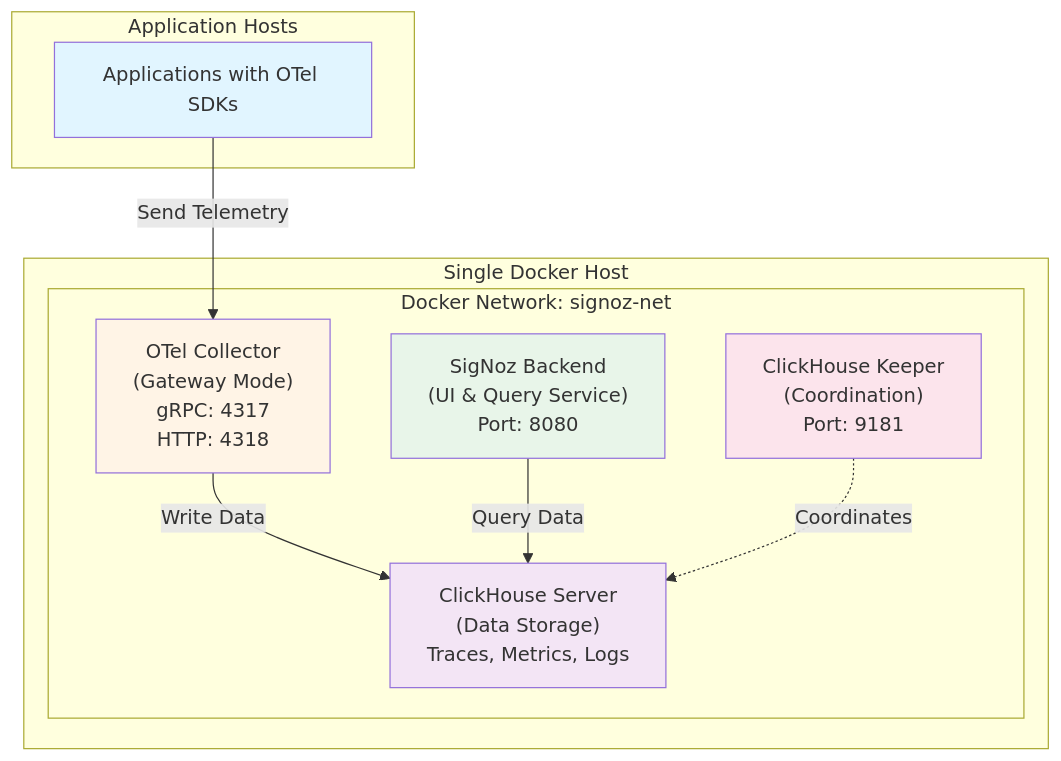
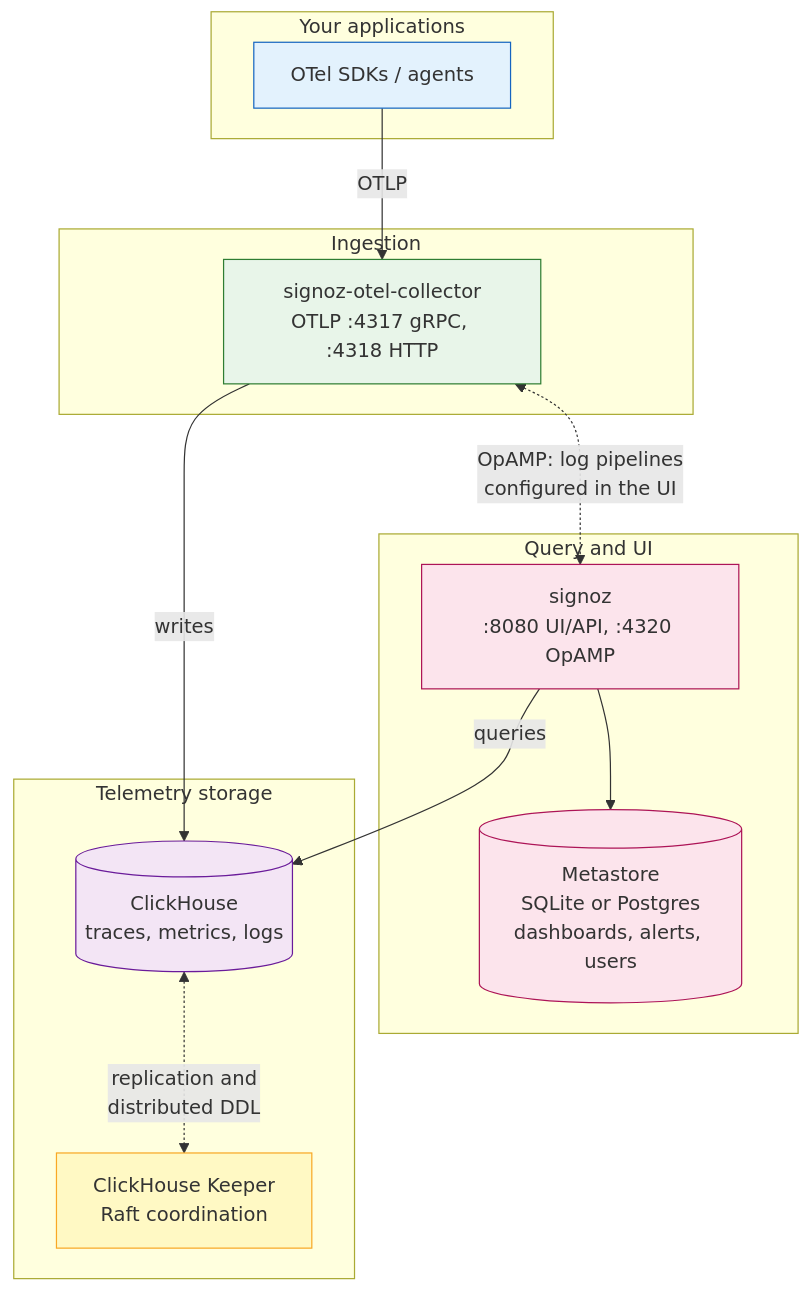
The first of 2 diagrams in README.md (thaithienvanid/signoz-clickhouse-keeper), drawn with Mermaid before and after one commit. The commit also changed other lines of this file and 46 other files, not shown here.

````diff
--- a/README.md
+++ b/README.md
@@ -138,26 +63,34 @@
 ```mermaid
 graph TB
-    subgraph "Application Hosts"
-        Apps[Applications with OTel SDKs]
+    subgraph clients["Your applications"]
+        SDK["OTel SDKs / agents"]
     end
-    
-    subgraph "Single Docker Host"
-        subgraph "Docker Network: signoz-net"
-            Collector["OTel Collector<br/>(Gateway Mode)<br/>gRPC: 4317<br/>HTTP: 4318"]
-            Backend["SigNoz Backend<br/>(UI & Query Service)<br/>Port: 8080"]
-            ClickHouse["ClickHouse Server<br/>(Data Storage)<br/>Traces, Metrics, Logs"]
-            Keeper["ClickHouse Keeper<br/>(Coordination)<br/>Port: 9181"]
-        end
+
+    subgraph ingest["Ingestion"]
+        COL["signoz-otel-collector<br/>OTLP :4317 gRPC, :4318 HTTP"]
     end
-    
-    Apps -->|Send Telemetry| Collector
-    Collector -->|Write Data| ClickHouse
-    Backend -->|Query Data| ClickHouse
-    Keeper -.->|Coordinates| ClickHouse
-    
-    style Apps fill:#e1f5ff
-    style Collector fill:#fff4e6
-    style Backend fill:#e8f5e9
-    style ClickHouse fill:#f3e5f5
-    style Keeper fill:#fce4ec
+
+    subgraph query["Query and UI"]
+        SIG["signoz<br/>:8080 UI/API, :4320 OpAMP"]
+        META[("Metastore<br/>SQLite or Postgres<br/>dashboards, alerts, users")]
+    end
+
+    subgraph storage["Telemetry storage"]
+        CH[("ClickHouse<br/>traces, metrics, logs")]
+        KPR["ClickHouse Keeper<br/>Raft coordination"]
+    end
+
+    SDK -->|OTLP| COL
+    COL -->|writes| CH
+    COL <-.->|OpAMP: log pipelines<br/>configured in the UI| SIG
+    SIG -->|queries| CH
+    SIG --> META
+    CH <-.->|replication and<br/>distributed DDL| KPR
+
+    style SDK fill:#e3f2fd,stroke:#1565c0
+    style COL fill:#e8f5e9,stroke:#2e7d32
+    style SIG fill:#fce4ec,stroke:#ad1457
+    style META fill:#fce4ec,stroke:#ad1457
+    style CH fill:#f3e5f5,stroke:#6a1b9a
+    style KPR fill:#fff9c4,stroke:#f9a825
 ```
````
